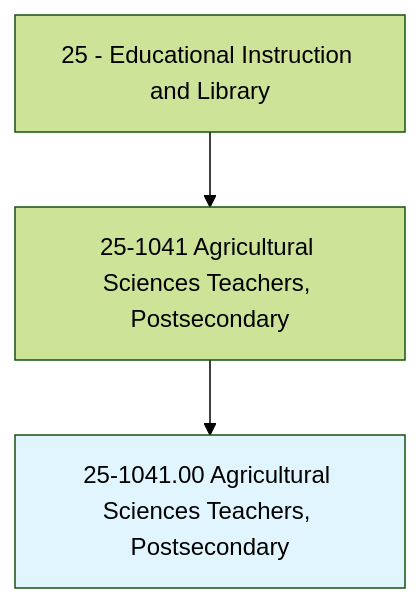
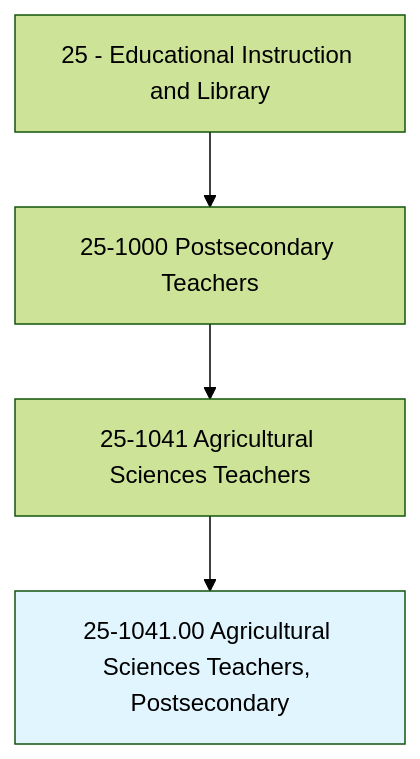
The first of 4 diagrams in occupations/Education/AgriculturalSciencesTeachersPostsecondary.mdx (kziemski/business.org.ai), drawn with Mermaid (forest theme) before and after one commit. The commit also changed other lines of this file and 938 other files, not shown here.

````diff
--- a/occupations/Education/AgriculturalSciencesTeachersPostsecondary.mdx
+++ b/occupations/Education/AgriculturalSciencesTeachersPostsecondary.mdx
@@ -19,6 +23,7 @@
 ```mermaid
 graph TD
-    Cat25["25 - Educational Instruction and Library"] --> Group251041["25-1041 Agricultural Sciences Teachers, Postsecondary"]
+    Cat25["25 - Educational Instruction and Library"] --> Group251["25-1000 Postsecondary Teachers"]
+    Group251 --> Group251041["25-1041 Agricultural Sciences Teachers"]
     Group251041 --> Current["25-1041.00 Agricultural Sciences Teachers, Postsecondary"]
     style Current fill:#e1f5fe
 ```
````
